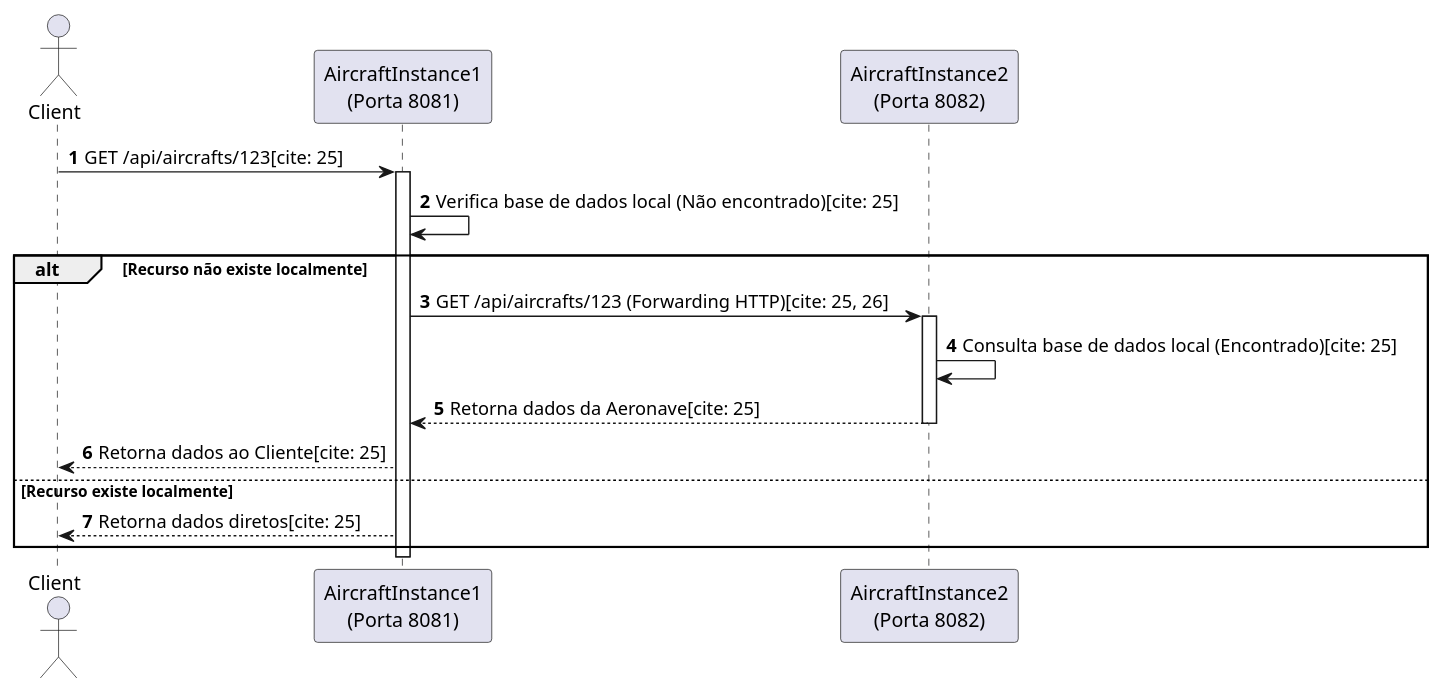
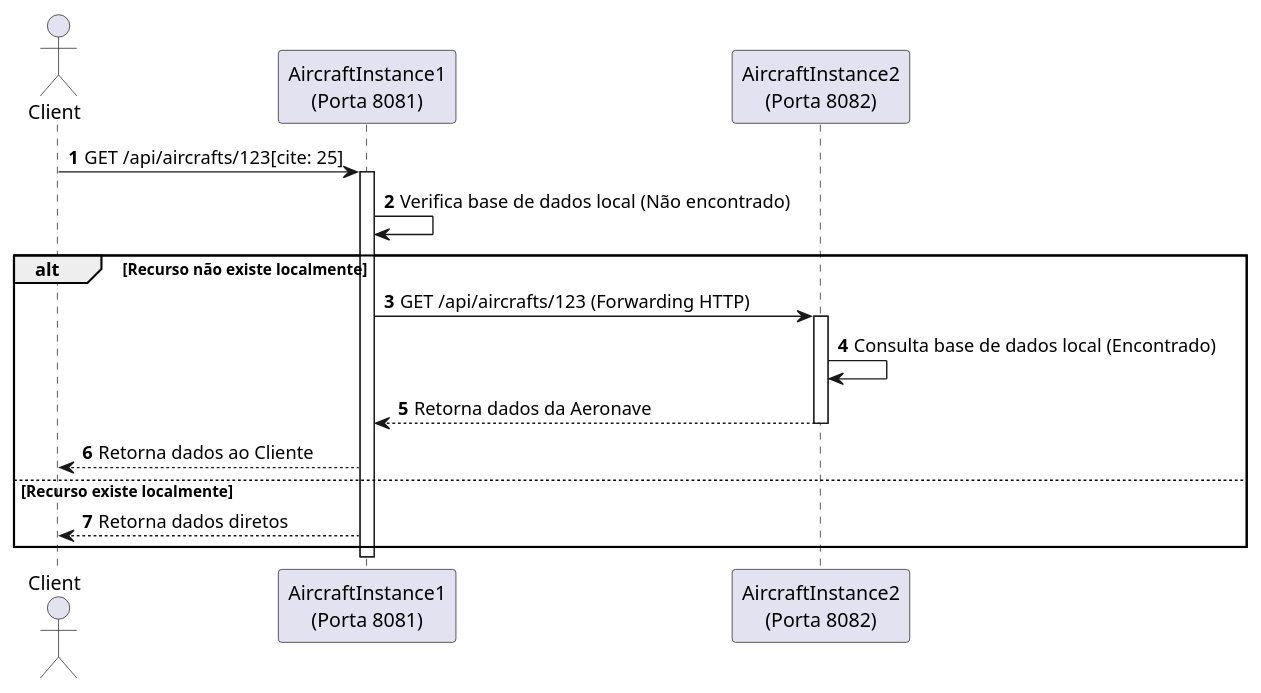
The diagram in diagramas/sequence_forwarding.puml (goncalomaia18/SIDIS_3DA_G09), drawn with PlantUML before and after one commit. The commit also changed 4 other files, not shown here.

Commit message:
uml documentacao

```diff
--- a/diagramas/sequence_forwarding.puml
+++ b/diagramas/sequence_forwarding.puml
@@ -1,25 +1,25 @@
 @startuml
 autonumber
 actor Client
 participant "AircraftInstance1\n(Porta 8081)" as Inst1
 participant "AircraftInstance2\n(Porta 8082)" as Inst2
 
 Client -> Inst1: GET /api/aircrafts/123[cite: 25]
 activate Inst1
 
-Inst1 -> Inst1: Verifica base de dados local (Não encontrado)[cite: 25]
+Inst1 -> Inst1: Verifica base de dados local (Não encontrado)
 
 alt Recurso não existe localmente
-    Inst1 -> Inst2: GET /api/aircrafts/123 (Forwarding HTTP)[cite: 25, 26]
+    Inst1 -> Inst2: GET /api/aircrafts/123 (Forwarding HTTP)
     activate Inst2
-    Inst2 -> Inst2: Consulta base de dados local (Encontrado)[cite: 25]
-    Inst2 --> Inst1: Retorna dados da Aeronave[cite: 25]
+    Inst2 -> Inst2: Consulta base de dados local (Encontrado)
+    Inst2 --> Inst1: Retorna dados da Aeronave
     deactivate Inst2
 
-    Inst1 --> Client: Retorna dados ao Cliente[cite: 25]
+    Inst1 --> Client: Retorna dados ao Cliente
 else Recurso existe localmente
-    Inst1 --> Client: Retorna dados diretos[cite: 25]
+    Inst1 --> Client: Retorna dados diretos
 end
 
 deactivate Inst1
 @enduml
```
